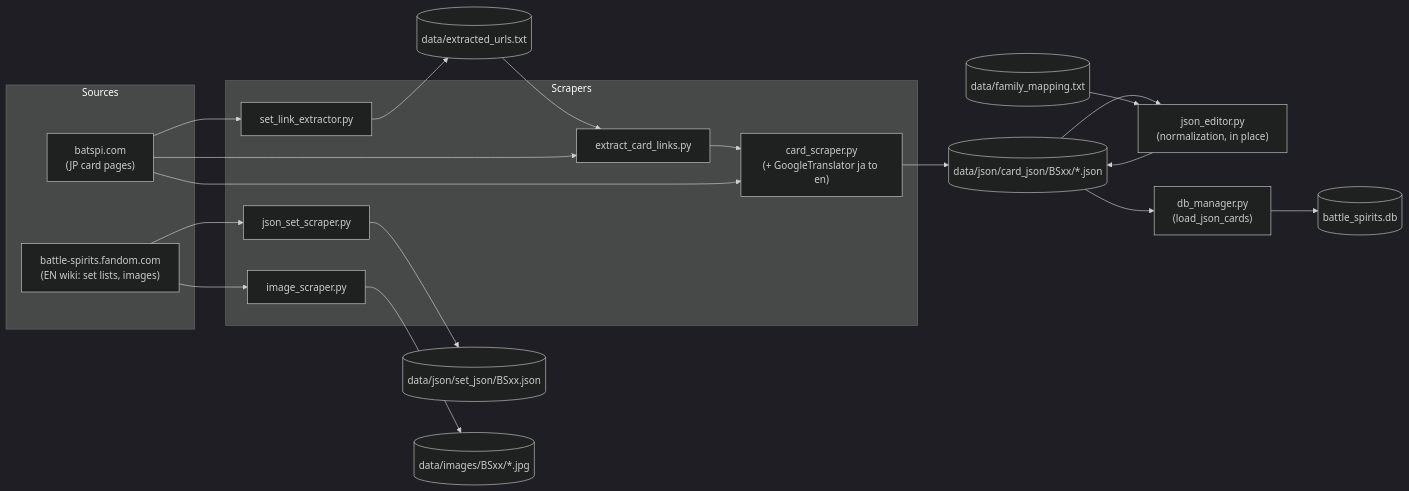
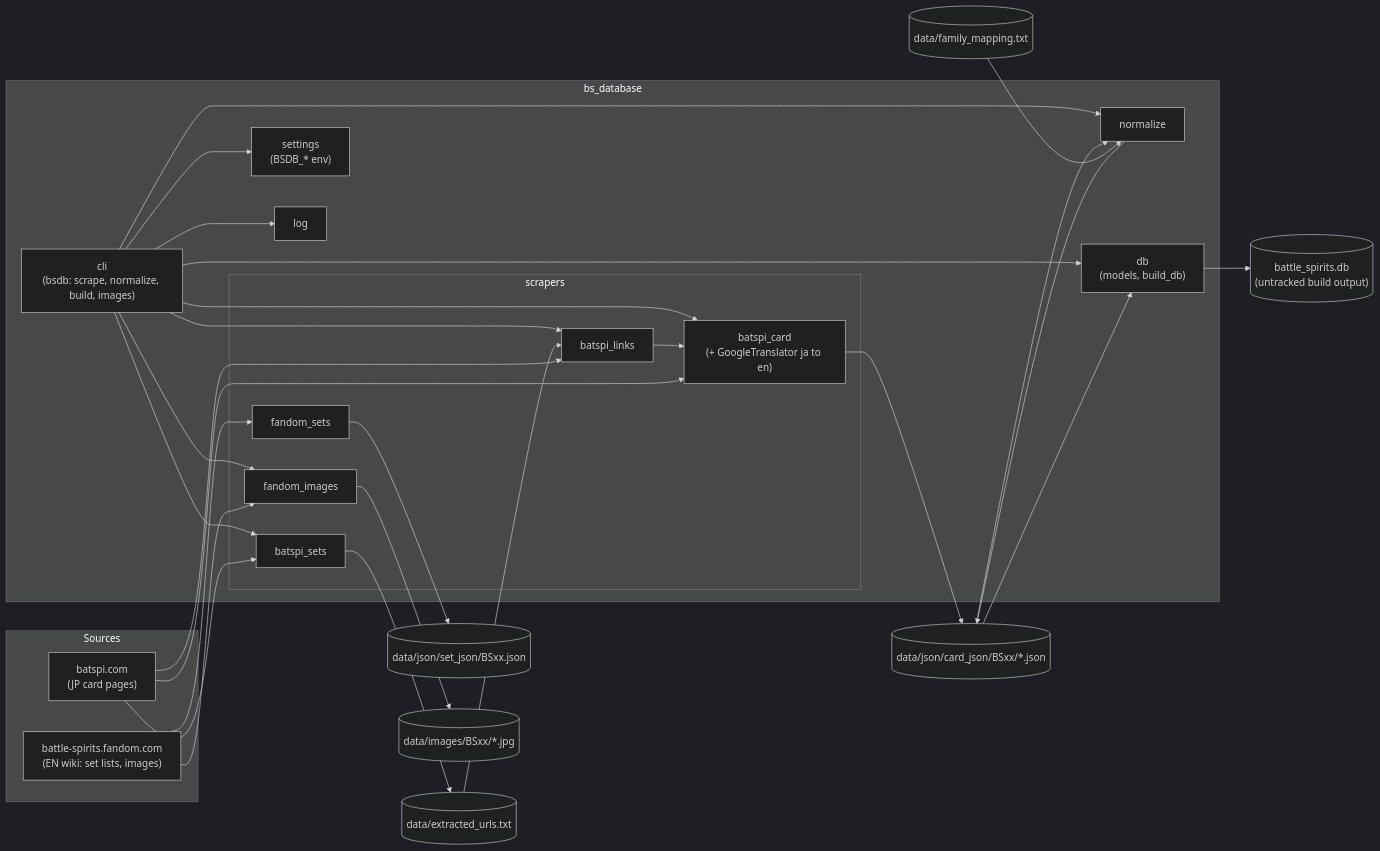
One commit to AleFire99/BS_Database changed the first of 2 diagrams in docs/architecture/overview.md. Above: the diagram before and after it, drawn with Mermaid (dark theme). The commit also changed other lines of this file and 5 other files, not shown here.

First line of the commit message:
docs: describe the package layout and CLI flow

````diff
--- a/docs/architecture/overview.md
+++ b/docs/architecture/overview.md
@@ -7,35 +7,49 @@
 ```mermaid
 flowchart LR
     subgraph Sources
         WIKI["battle-spirits.fandom.com<br/>(EN wiki: set lists, images)"]
         BAT["batspi.com<br/>(JP card pages)"]
     end
 
-    subgraph Scrapers
-        SLE["set_link_extractor.py"]
-        ECL["extract_card_links.py"]
-        CS["card_scraper.py<br/>(+ GoogleTranslator ja to en)"]
-        JSS["json_set_scraper.py"]
-        IS["image_scraper.py"]
+    subgraph bs_database
+        CLI["cli<br/>(bsdb: scrape, normalize, build, images)"]
+        SET["settings<br/>(BSDB_* env)"]
+        LOG["log"]
+        subgraph scrapers
+            BSETS["batspi_sets"]
+            BLINKS["batspi_links"]
+            BCARD["batspi_card<br/>(+ GoogleTranslator ja to en)"]
+            FSETS["fandom_sets"]
+            FIMG["fandom_images"]
+        end
+        NORM["normalize"]
+        DBM["db<br/>(models, build_db)"]
     end
 
     URLS[("data/extracted_urls.txt")]
     CJ[("data/json/card_json/BSxx/*.json")]
     SJ[("data/json/set_json/BSxx.json")]
     FM[("data/family_mapping.txt")]
-    JE["json_editor.py<br/>(normalization, in place)"]
-    DBM["db_manager.py<br/>(load_json_cards)"]
-    DB[("battle_spirits.db")]
+    DB[("battle_spirits.db<br/>(untracked build output)")]
     IMG[("data/images/BSxx/*.jpg")]
 
-    BAT --> SLE --> URLS
-    URLS --> ECL
-    BAT --> ECL --> CS
-    BAT --> CS --> CJ
-    WIKI --> JSS --> SJ
-    WIKI --> IS --> IMG
-    CJ --> JE
-    FM --> JE
-    JE --> CJ
+    CLI --> SET
+    CLI --> LOG
+    CLI --> BSETS
+    CLI --> BLINKS
+    CLI --> BCARD
+    CLI --> FIMG
+    CLI --> NORM
+    CLI --> DBM
+
+    BAT --> BSETS --> URLS
+    URLS --> BLINKS
+    BAT --> BLINKS --> BCARD
+    BAT --> BCARD --> CJ
+    WIKI --> FSETS --> SJ
+    WIKI --> FIMG --> IMG
+    CJ --> NORM
+    FM --> NORM
+    NORM --> CJ
     CJ --> DBM --> DB
 ```
````
